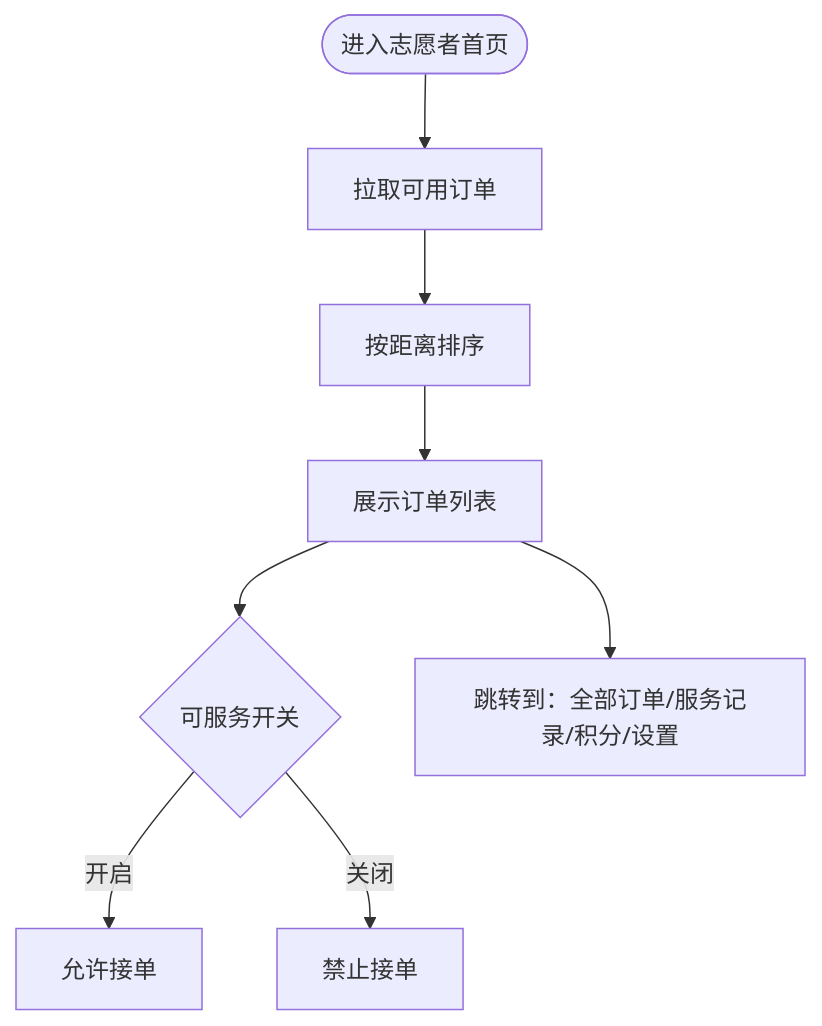
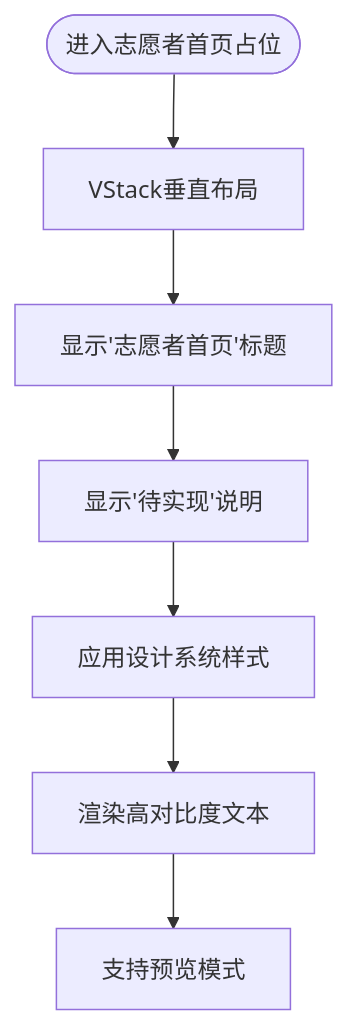
One commit to Jayden23018/blind-run-ios changed the third of 12 diagrams in .qoder/repowiki/zh/content/架构设计/模块化架构设计/Volunteer 志愿者模块.md. Above: the diagram before and after it, drawn with Mermaid. The commit also changed other lines of this file and 21 other files, not shown here.

````diff
--- a/.qoder/repowiki/zh/content/架构设计/模块化架构设计/Volunteer 志愿者模块.md
+++ b/.qoder/repowiki/zh/content/架构设计/模块化架构设计/Volunteer 志愿者模块.md
@@ -123,10 +156,9 @@
 ```mermaid
 flowchart TD
-Start(["进入志愿者首页"]) --> LoadAvail["拉取可用订单"]
-LoadAvail --> SortByDist["按距离排序"]
-SortByDist --> ShowList["展示订单列表"]
-ShowList --> ToggleAvail{"可服务开关"}
-ToggleAvail --> |开启| EnableAccept["允许接单"]
-ToggleAvail --> |关闭| DisableAccept["禁止接单"]
-ShowList --> NavTo["跳转到：全部订单/服务记录/积分/设置"]
+Start(["进入志愿者首页占位"]) --> Layout["VStack垂直布局"]
+Layout --> Title["显示'志愿者首页'标题"]
+Title --> Placeholder["显示'待实现'说明"]
+Placeholder --> Style["应用设计系统样式"]
+Style --> Render["渲染高对比度文本"]
+Render --> Preview["支持预览模式"]
 ```
````
